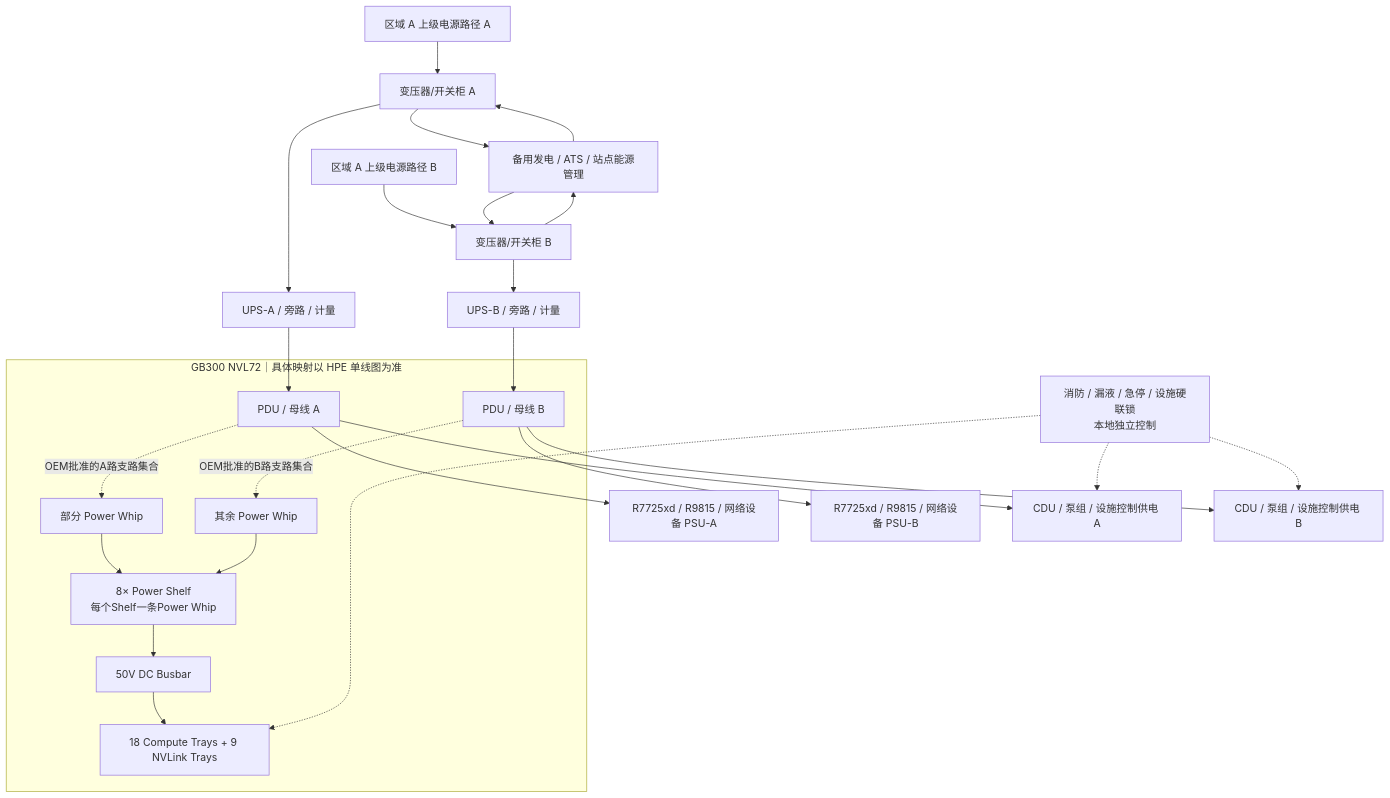
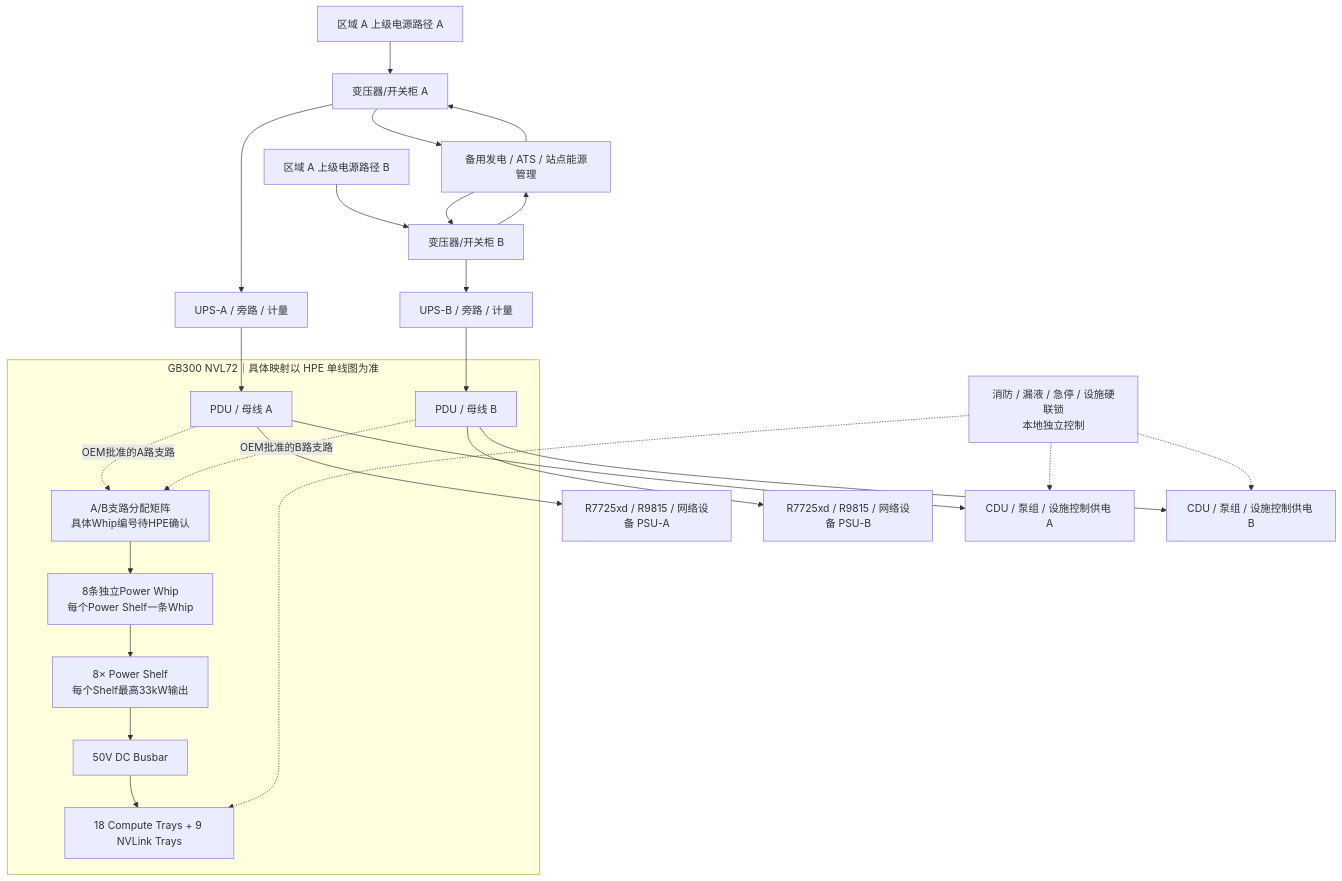
One commit to yixuan2016/Personal_AI_Infrastructure changed the diagram in Architecture-Research/Computing-Infrastructure/10-G2-06.11-Network-Power-Cooling-TCO-RC0/diagrams/G2-06.11_供电单线图.mmd. Above: the diagram before and after it, drawn with Mermaid.

Commit message:
docs(compute-base): clarify NVL72 power whip A/B mapping

```diff
--- a/Architecture-Research/Computing-Infrastructure/10-G2-06.11-Network-Power-Cooling-TCO-RC0/diagrams/G2-06.11_供电单线图.mmd
+++ b/Architecture-Research/Computing-Infrastructure/10-G2-06.11-Network-Power-Cooling-TCO-RC0/diagrams/G2-06.11_供电单线图.mmd
@@ -1,31 +1,31 @@
 flowchart TB
   UA["区域 A 上级电源路径 A"] --> SWA["变压器/开关柜 A"]
   UB["区域 A 上级电源路径 B"] --> SWB["变压器/开关柜 B"]
   SWA --> UPSA["UPS-A / 旁路 / 计量"]
   SWB --> UPSB["UPS-B / 旁路 / 计量"]
   UPSA --> PDUA["PDU / 母线 A"]
   UPSB --> PDUB["PDU / 母线 B"]
 
   subgraph GPU["GB300 NVL72｜具体映射以 HPE 单线图为准"]
-    PDUA -.->|"OEM批准的A路支路集合"| WHIPA["部分 Power Whip"]
-    PDUB -.->|"OEM批准的B路支路集合"| WHIPB["其余 Power Whip"]
-    WHIPA --> PS["8× Power Shelf<br/>每个Shelf一条Power Whip"]
-    WHIPB --> PS
+    PDUA -.->|"OEM批准的A路支路"| MAP["A/B支路分配矩阵<br/>具体Whip编号待HPE确认"]
+    PDUB -.->|"OEM批准的B路支路"| MAP
+    MAP --> WHIPS["8条独立Power Whip<br/>每个Power Shelf一条Whip"]
+    WHIPS --> PS["8× Power Shelf<br/>每个Shelf最高33kW输出"]
     PS --> BUS["50V DC Busbar"]
     BUS --> RACK["18 Compute Trays + 9 NVLink Trays"]
   end
 
   PDUA --> SERVA["R7725xd / R9815 / 网络设备 PSU-A"]
   PDUB --> SERVB["R7725xd / R9815 / 网络设备 PSU-B"]
 
   PDUA --> CDU_A["CDU / 泵组 / 设施控制供电 A"]
   PDUB --> CDU_B["CDU / 泵组 / 设施控制供电 B"]
 
   SWA --> GEN["备用发电 / ATS / 站点能源管理"]
   SWB --> GEN
   GEN --> SWA
   GEN --> SWB
 
   SAFETY["消防 / 漏液 / 急停 / 设施硬联锁<br/>本地独立控制"] -.-> CDU_A
   SAFETY -.-> CDU_B
   SAFETY -.-> RACK
```
